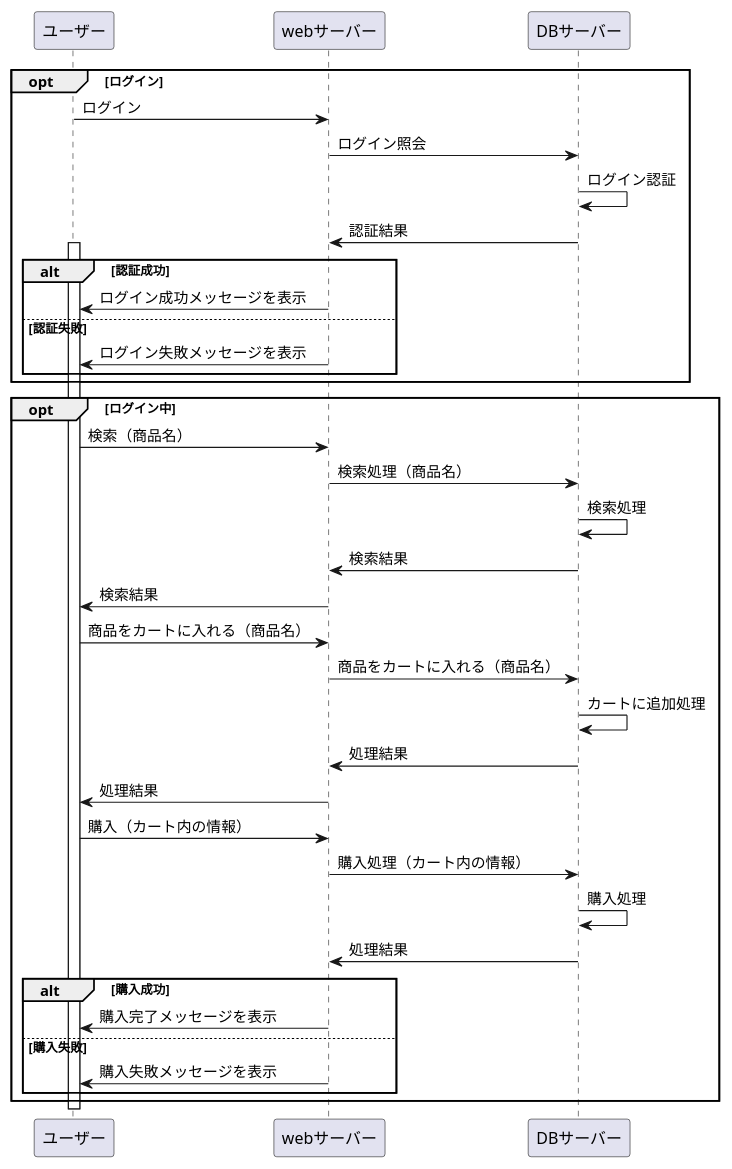
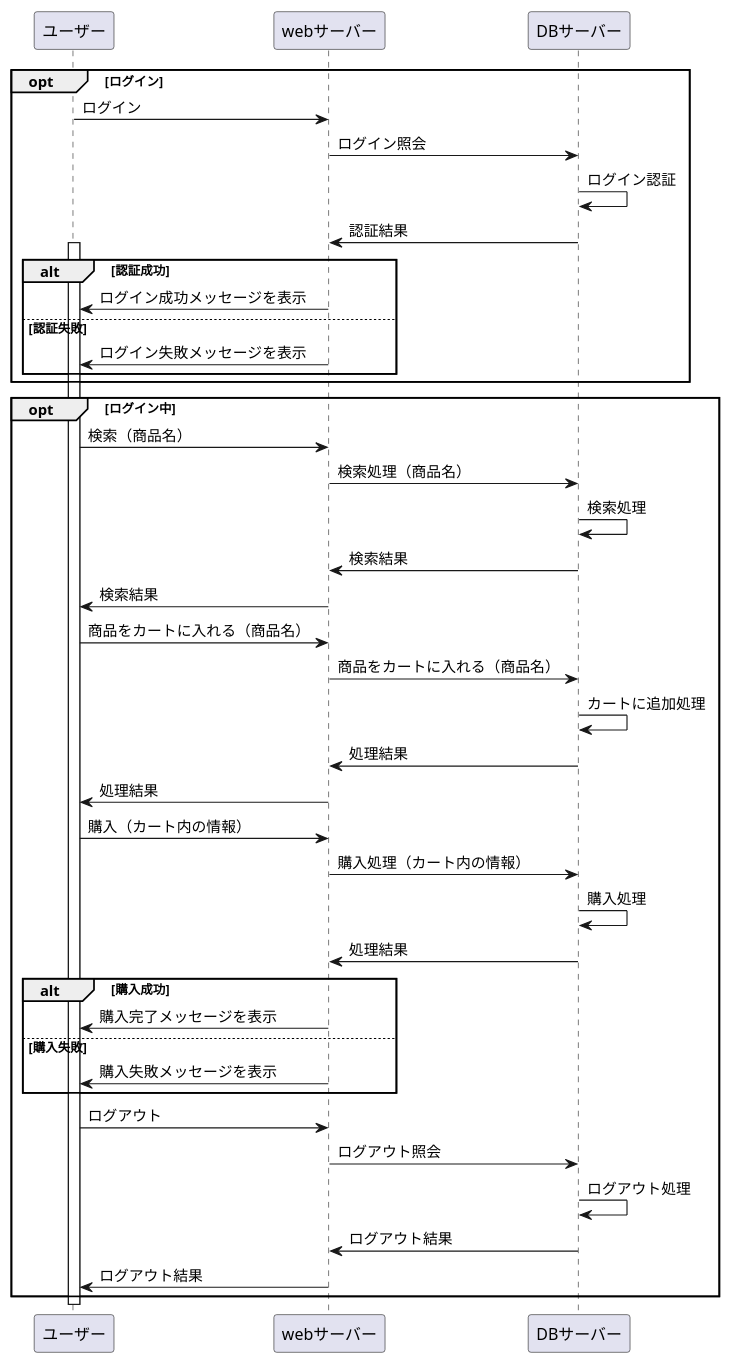
Before and after one commit to Aso2001025/2021-sys-design: the diagram in sample.md, drawn with PlantUML.

````diff
--- a/sample.md
+++ b/sample.md
@@ -1,44 +1,50 @@
 ```uml
   @startuml
     opt ログイン
       ユーザー -> webサーバー: ログイン
       webサーバー -> DBサーバー: ログイン照会
       DBサーバー -> DBサーバー: ログイン認証
       DBサーバー -> webサーバー: 認証結果
       activate ユーザー
       alt 認証成功
         webサーバー -> ユーザー: ログイン成功メッセージを表示
       else 認証失敗
         webサーバー -> ユーザー: ログイン失敗メッセージを表示
       end
      end
      
     
     opt ログイン中
       ユーザー -> webサーバー: 検索（商品名）
       webサーバー -> DBサーバー: 検索処理（商品名）
       DBサーバー -> DBサーバー: 検索処理
       DBサーバー -> webサーバー: 検索結果
       webサーバー -> ユーザー: 検索結果
       
       ユーザー -> webサーバー: 商品をカートに入れる（商品名）
       webサーバー -> DBサーバー: 商品をカートに入れる（商品名）
       DBサーバー -> DBサーバー: カートに追加処理
       DBサーバー -> webサーバー: 処理結果
       webサーバー -> ユーザー: 処理結果
       
       ユーザー -> webサーバー: 購入（カート内の情報）
       webサーバー -> DBサーバー: 購入処理（カート内の情報）
       DBサーバー -> DBサーバー: 購入処理
       DBサーバー -> webサーバー: 処理結果
       alt 購入成功
         webサーバー -> ユーザー: 購入完了メッセージを表示
       else 購入失敗
         webサーバー -> ユーザー: 購入失敗メッセージを表示
       end
+      
+      ユーザー -> webサーバー: ログアウト
+      webサーバー -> DBサーバー: ログアウト照会
+      DBサーバー -> DBサーバー: ログアウト処理
+      DBサーバー -> webサーバー: ログアウト結果
+      webサーバー -> ユーザー: ログアウト結果
     end
     
     deactivate ユーザー
     
   @enduml
 ```
````
